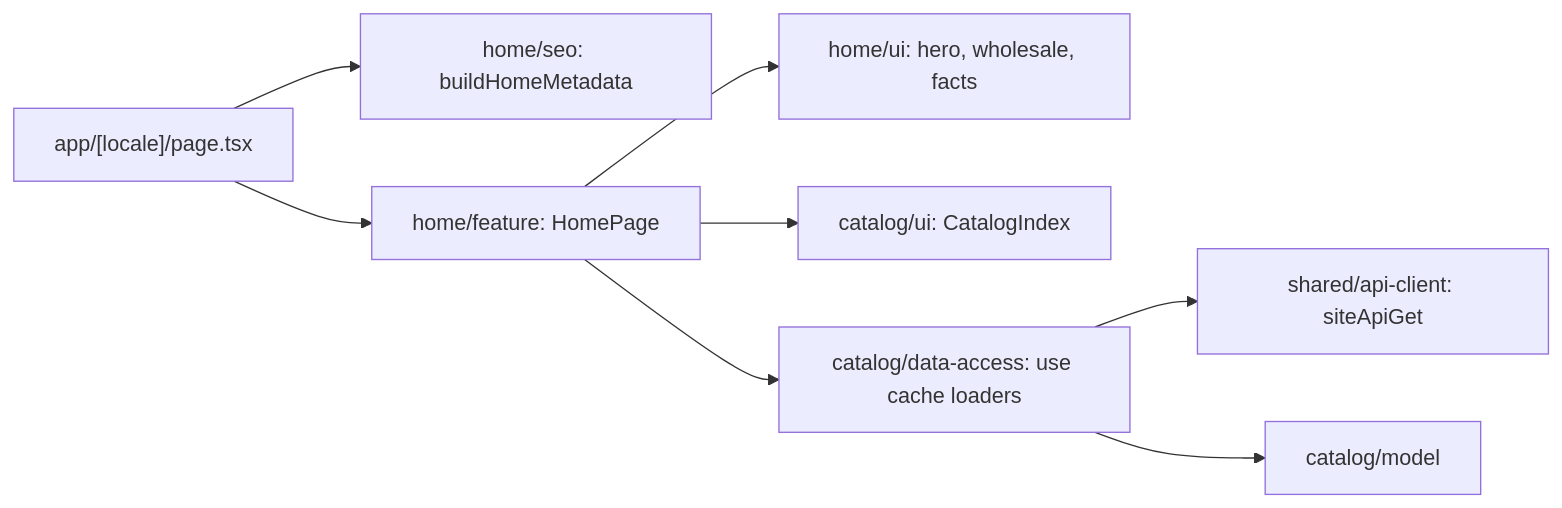
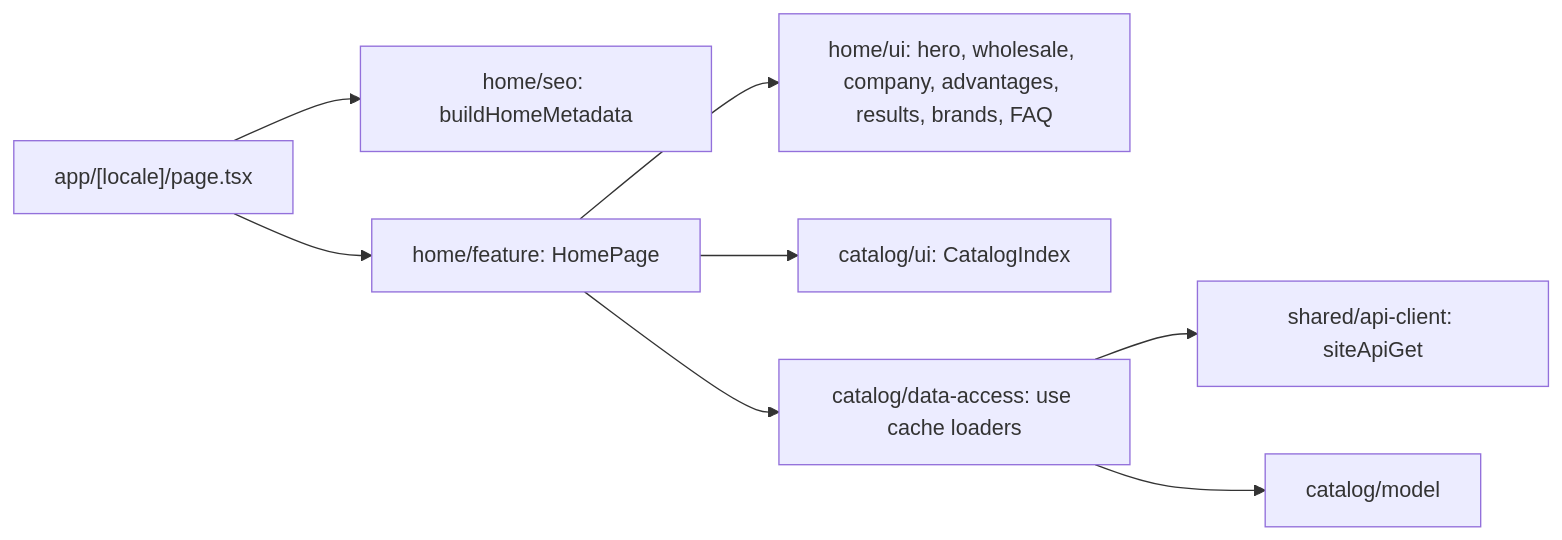
Before and after one commit to Weretik/kedr-web: the diagram in docs/features/site/home.md, drawn with Mermaid. The commit also changed other lines of this file and 39 other files, not shown here.

First line of the commit message:
feat(site): make the home page the company page

````diff
--- a/docs/features/site/home.md
+++ b/docs/features/site/home.md
@@ -14,10 +16,10 @@
 ```mermaid
 flowchart LR
 Route["app/[locale]/page.tsx"] --> Seo["home/seo: buildHomeMetadata"]
 Route --> Feature["home/feature: HomePage"]
-Feature --> HomeUi["home/ui: hero, wholesale, facts"]
+Feature --> HomeUi["home/ui: hero, wholesale, company, advantages, results, brands, FAQ"]
 Feature --> CatalogUi["catalog/ui: CatalogIndex"]
 Feature --> Data["catalog/data-access: use cache loaders"]
 Data --> Api["shared/api-client: siteApiGet"]
 Data --> Model["catalog/model"]
 ```
````
